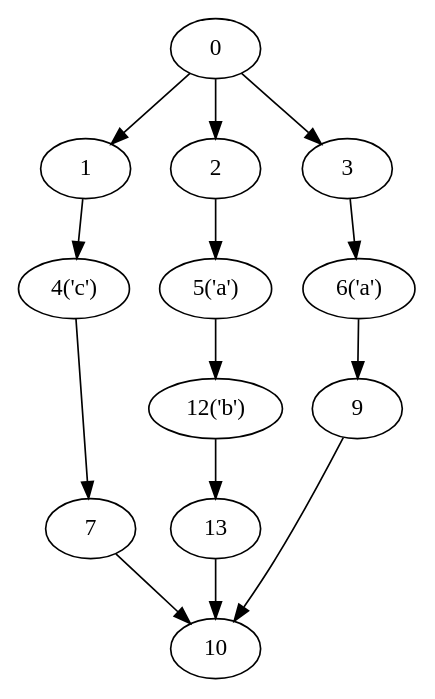
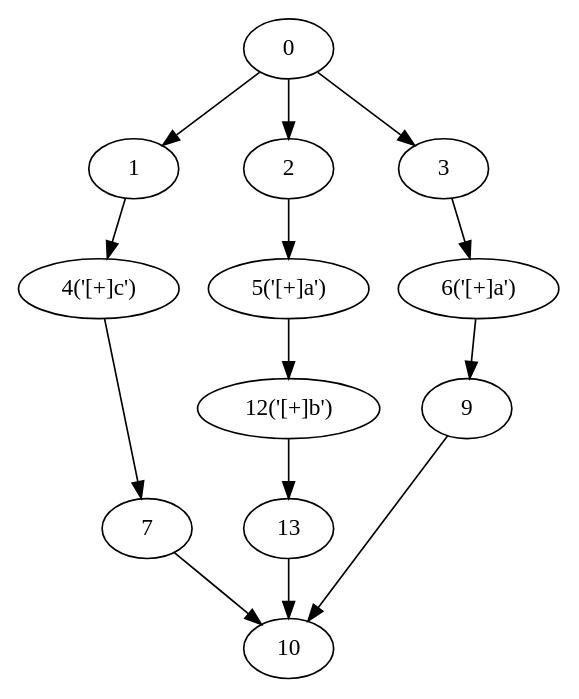
Before and after one commit to yyl-20020115/NRegEx: the diagram in NRegex.Test/Graphs/TestMethod01.dot, drawn with Graphviz. The commit also changed 27 other files, not shown here.

```diff
--- a/NRegex.Test/Graphs/TestMethod01.dot
+++ b/NRegex.Test/Graphs/TestMethod01.dot
@@ -1,27 +1,27 @@
 digraph g {
 	0 ;
 	1 ;
 	2 ;
 	3 ;
-	4 [label="4('c')"];
-	5 [label="5('a')"];
-	6 [label="6('a')"];
+	4 [label="4('[+]c')"];
+	5 [label="5('[+]a')"];
+	6 [label="6('[+]a')"];
 	7 ;
 	9 ;
 	10 ;
-	12 [label="12('b')"];
+	12 [label="12('[+]b')"];
 	13 ;
 	0->1;
 	0->2;
 	0->3;
 	1->4;
 	2->5;
 	3->6;
 	4->7;
 	6->9;
 	7->10;
 	9->10;
 	13->10;
 	5->12;
 	12->13;
 }
```
